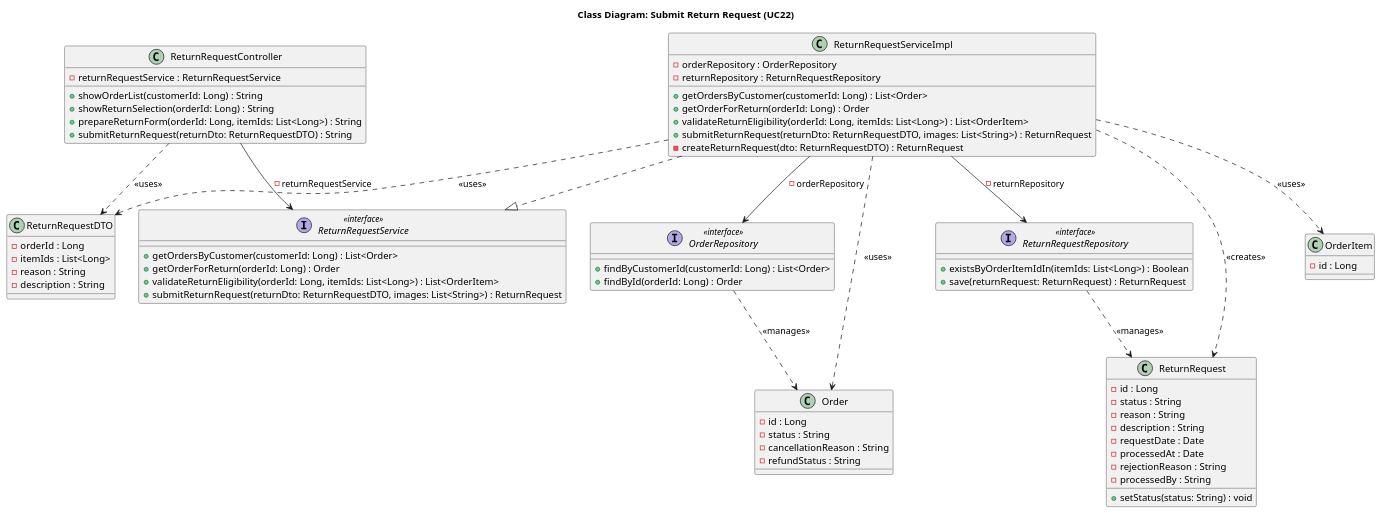
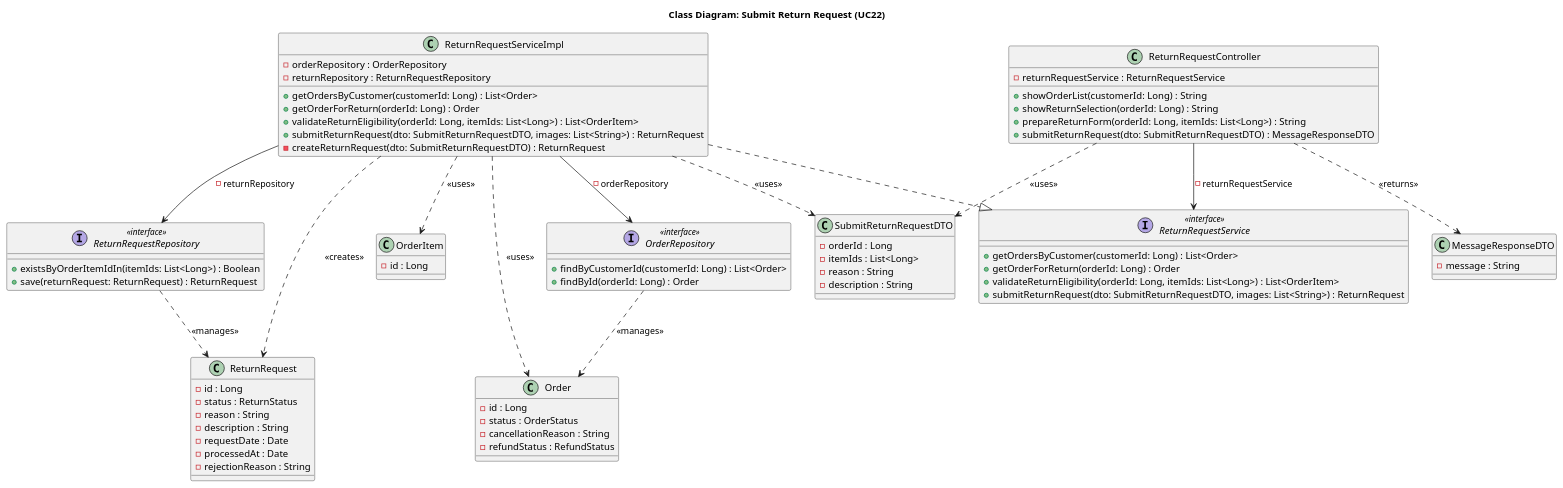
The diagram in src/main/java/org/example/fashionstoresystem/uml/Class/CD22_SubmitReturnRequest.puml (Peterdir/fashion-store-system), drawn with PlantUML before and after one commit. The commit also changed 63 other files, not shown here.

```diff
--- a/src/main/java/org/example/fashionstoresystem/uml/Class/CD22_SubmitReturnRequest.puml
+++ b/src/main/java/org/example/fashionstoresystem/uml/Class/CD22_SubmitReturnRequest.puml
@@ -1,95 +1,101 @@
 @startuml
 title Class Diagram: Submit Return Request (UC22)
 
 ' Controller
 class ReturnRequestController {
     - returnRequestService : ReturnRequestService
     + showOrderList(customerId: Long) : String
     + showReturnSelection(orderId: Long) : String
     + prepareReturnForm(orderId: Long, itemIds: List<Long>) : String
-    + submitReturnRequest(returnDto: ReturnRequestDTO) : String
+    + submitReturnRequest(dto: SubmitReturnRequestDTO) : MessageResponseDTO
 }
 
 ' Service
 interface ReturnRequestService <<interface>> {
     + getOrdersByCustomer(customerId: Long) : List<Order>
     + getOrderForReturn(orderId: Long) : Order
     + validateReturnEligibility(orderId: Long, itemIds: List<Long>) : List<OrderItem>
-    + submitReturnRequest(returnDto: ReturnRequestDTO, images: List<String>) : ReturnRequest
+    + submitReturnRequest(dto: SubmitReturnRequestDTO, images: List<String>) : ReturnRequest
 }
 
 class ReturnRequestServiceImpl {
     - orderRepository : OrderRepository
     - returnRepository : ReturnRequestRepository
     + getOrdersByCustomer(customerId: Long) : List<Order>
     + getOrderForReturn(orderId: Long) : Order
     + validateReturnEligibility(orderId: Long, itemIds: List<Long>) : List<OrderItem>
-    + submitReturnRequest(returnDto: ReturnRequestDTO, images: List<String>) : ReturnRequest
-    - createReturnRequest(dto: ReturnRequestDTO) : ReturnRequest
+    + submitReturnRequest(dto: SubmitReturnRequestDTO, images: List<String>) : ReturnRequest
+    - createReturnRequest(dto: SubmitReturnRequestDTO) : ReturnRequest
 }
 
 ' Repository
 interface OrderRepository <<interface>> {
     + findByCustomerId(customerId: Long) : List<Order>
     + findById(orderId: Long) : Order
 }
 
 interface ReturnRequestRepository <<interface>> {
     + existsByOrderItemIdIn(itemIds: List<Long>) : Boolean
     + save(returnRequest: ReturnRequest) : ReturnRequest
 }
 
-' Entity & DTO
-class ReturnRequestDTO {
+' DTO
+
+class SubmitReturnRequestDTO {
     - orderId : Long
     - itemIds : List<Long>
     - reason : String
     - description : String
 }
 
+class MessageResponseDTO {
+    - message : String
+}
+
+' Entity
+
 class ReturnRequest {
     - id : Long
-    - status : String
+    - status : ReturnStatus
     - reason : String
     - description : String
     - requestDate : Date
     - processedAt : Date
     - rejectionReason : String
-    - processedBy : String
-    + setStatus(status: String) : void
 }
 
 class Order {
     - id : Long
-    - status : String
+    - status : OrderStatus
     - cancellationReason : String
-    - refundStatus : String
+    - refundStatus : RefundStatus
 }
 
 class OrderItem {
     - id : Long
 }
 
 ' Relationships
 
 ' Implementation
 ReturnRequestServiceImpl ..|> ReturnRequestService
 
 ' Dependency Injection
 ReturnRequestController --> ReturnRequestService : - returnRequestService
 ReturnRequestServiceImpl --> OrderRepository : - orderRepository
 ReturnRequestServiceImpl --> ReturnRequestRepository : - returnRepository
 
 ' Object Usage
-ReturnRequestController ..> ReturnRequestDTO : <<uses>>
-ReturnRequestServiceImpl ..> ReturnRequestDTO : <<uses>>
+ReturnRequestController ..> SubmitReturnRequestDTO : <<uses>>
+ReturnRequestController ..> MessageResponseDTO : <<returns>>
+ReturnRequestServiceImpl ..> SubmitReturnRequestDTO : <<uses>>
 
 ReturnRequestServiceImpl ..> ReturnRequest : <<creates>>
 ReturnRequestRepository ..> ReturnRequest : <<manages>>
 
 ReturnRequestServiceImpl ..> Order : <<uses>>
 OrderRepository ..> Order : <<manages>>
 
 ReturnRequestServiceImpl ..> OrderItem : <<uses>>
 
 @enduml
```
